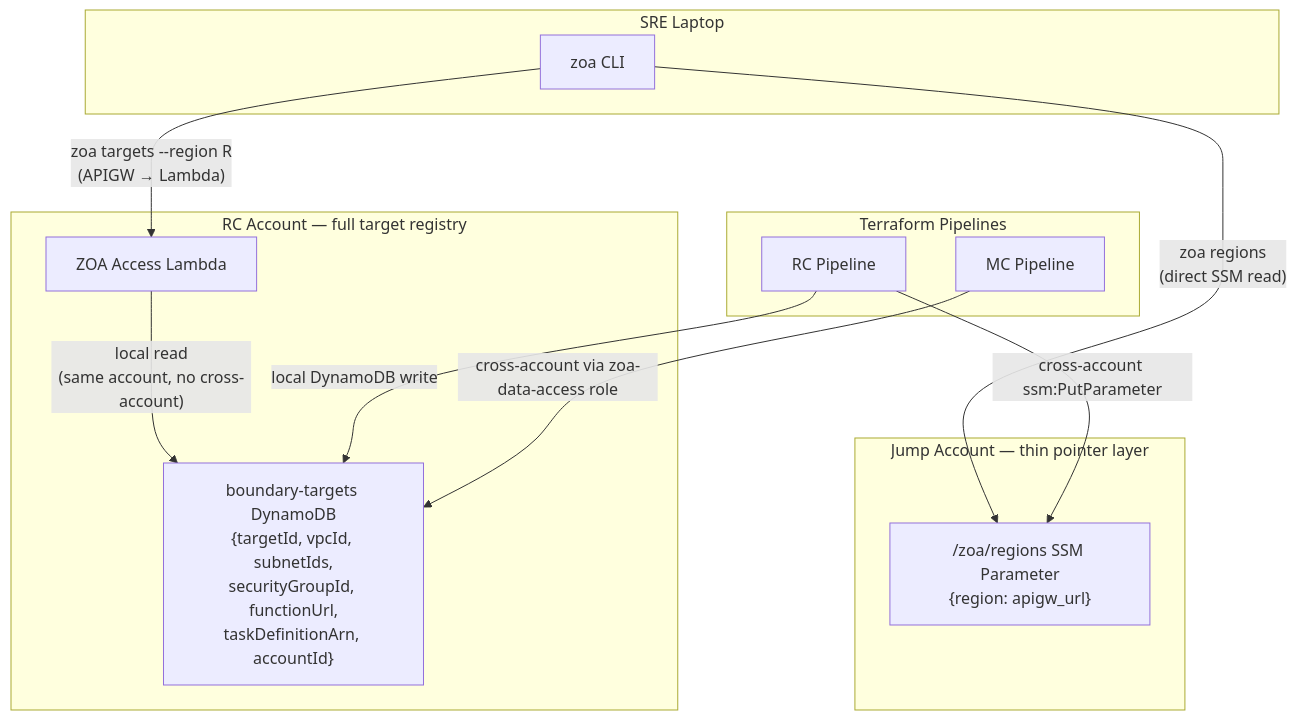
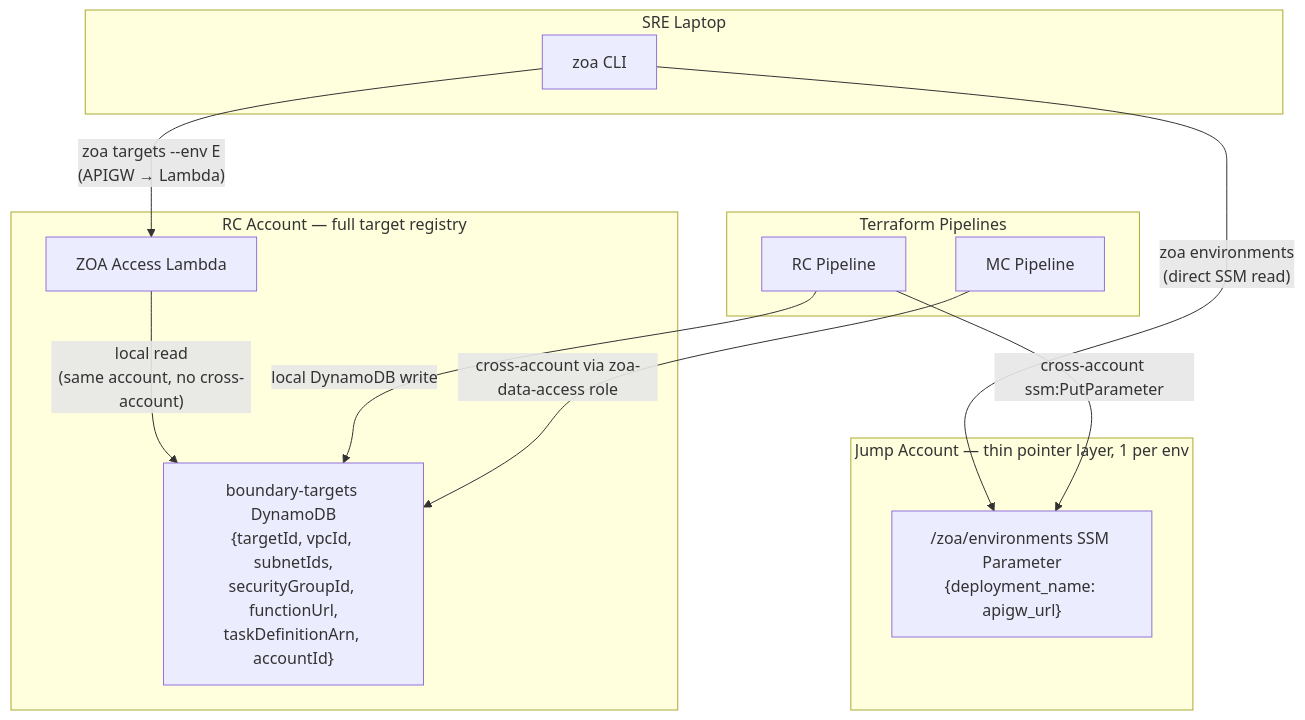
The second of 5 diagrams in docs/design/zoa-boundary-epic-plan.md (slopezz/rosa-hyperfleet-zoa), drawn with Mermaid before and after one commit. The commit also changed other lines of this file, not shown here.

````diff
--- a/docs/design/zoa-boundary-epic-plan.md
+++ b/docs/design/zoa-boundary-epic-plan.md
@@ -75,28 +75,28 @@
 ```mermaid
 graph TD
-    subgraph jumpAccount [Jump Account — thin pointer layer]
-        paramRegions["/zoa/regions SSM Parameter<br/>{region: apigw_url}"]
+    subgraph jumpAccount [Jump Account — thin pointer layer, 1 per env]
+        paramEnvs["/zoa/environments SSM Parameter<br/>{deployment_name: apigw_url}"]
     end
 
     subgraph rcAccount [RC Account — full target registry]
         boundaryTargets["boundary-targets DynamoDB<br/>{targetId, vpcId, subnetIds,<br/>securityGroupId, functionUrl,<br/>taskDefinitionArn, accountId}"]
         accessLambda["ZOA Access Lambda"]
     end
 
     subgraph sreLaptop [SRE Laptop]
         zoaCLI["zoa CLI"]
     end
 
     subgraph terraform [Terraform Pipelines]
         rcPipeline["RC Pipeline"]
         mcPipeline["MC Pipeline"]
     end
 
-    zoaCLI -->|"zoa regions<br/>(direct SSM read)"| paramRegions
-    zoaCLI -->|"zoa targets --region R<br/>(APIGW → Lambda)"| accessLambda
+    zoaCLI -->|"zoa environments<br/>(direct SSM read)"| paramEnvs
+    zoaCLI -->|"zoa targets --env E<br/>(APIGW → Lambda)"| accessLambda
     accessLambda -->|"local read<br/>(same account, no cross-account)"| boundaryTargets
 
-    rcPipeline -->|"cross-account ssm:PutParameter"| paramRegions
+    rcPipeline -->|"cross-account ssm:PutParameter"| paramEnvs
     rcPipeline -->|"local DynamoDB write"| boundaryTargets
     mcPipeline -->|"cross-account via zoa-data-access role"| boundaryTargets
 ```
````
